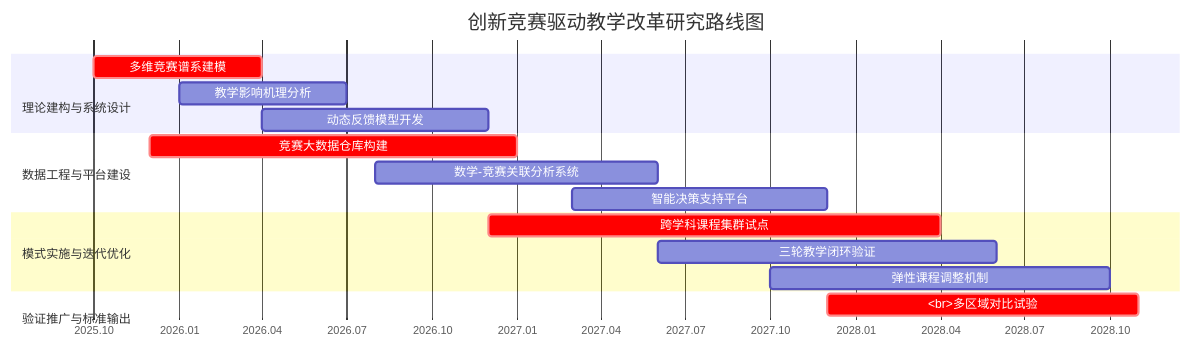
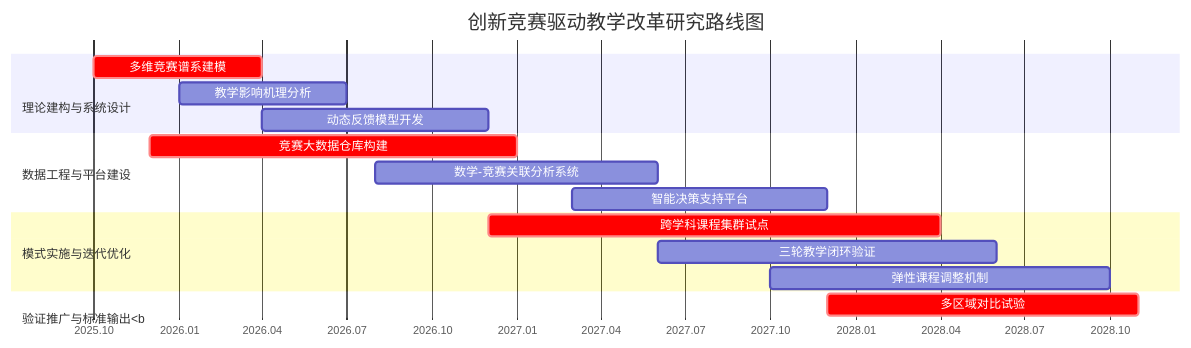
Before and after one commit to MC2001323/iodraw-files: the diagram in all/代码甘特图.md, drawn with Mermaid.

Commit message:
2025-04-08 21:19:47 update

````diff
--- a/all/代码甘特图.md
+++ b/all/代码甘特图.md
@@ -1,25 +1,25 @@
 ```mermaid
 gantt
     title 创新竞赛驱动教学改革研究路线图
     dateFormat  YYYY-MM
     axisFormat  %Y.%m
 
     section <br>理论建构与系统设计
     多维竞赛谱系建模        :crit, a1, 2025-10, 2026-04
     教学影响机理分析        :a2, 2026-01, 2026-07
     动态反馈模型开发        :a3, 2026-04, 2026-12
 
     section 数据工程与平台建设
     竞赛大数据仓库构建      :crit, b1, 2025-12, 2027-01
     数学-竞赛关联分析系统   :b2, 2026-08, 2027-06
     智能决策支持平台        :b3, 2027-03, 2027-12
 
     section 模式实施与迭代优化
     跨学科课程集群试点     :crit, c1, 2026-12, 2028-04
     三轮教学闭环验证       :c2, 2027-06, 2028-06
     弹性课程调整机制       :c3, 2027-10, 2028-10
     
-    section <br>验证推广与标准输出<br>
-    <br>多区域对比试验         :crit, c4, 2027-12, 2028-11
+    section <br>验证推广与标准输出<b
+    多区域对比试验         :crit, c4, 2027-12, 2028-11
 
 ```
````
